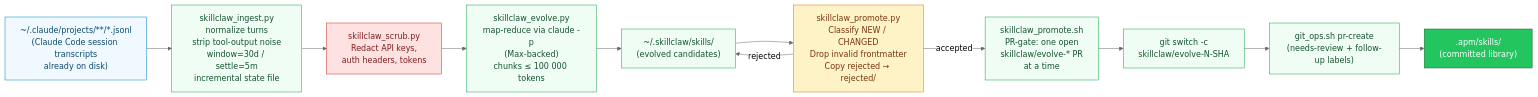
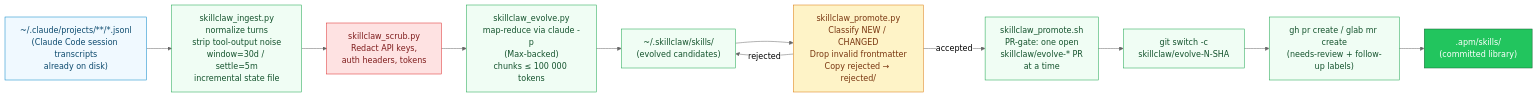
Before and after one commit to RB-chrismandich/Manifest: the first of 2 diagrams in docs/diagrams/pipelines.md, drawn with Mermaid. The commit also changed other lines of this file and 158 other files, not shown here.

````diff
--- a/docs/diagrams/pipelines.md
+++ b/docs/diagrams/pipelines.md
@@ -13,40 +13,40 @@
 ```mermaid
 %%{init: {'theme':'neutral'}}%%
 flowchart LR
     classDef input fill:#f0f9ff,stroke:#0284c7,color:#0c4a6e
     classDef process fill:#f0fdf4,stroke:#16a34a,color:#14532d
     classDef decision fill:#fef3c7,stroke:#d97706,color:#78350f
     classDef secure fill:#fee2e2,stroke:#dc2626,color:#7f1d1d
     classDef config fill:#f3e8ff,stroke:#9333ea,color:#581c87
     classDef output fill:#22c55e,stroke:#166534,color:#fff
 
     TRANSCRIPTS["~/.claude/projects/**/*.jsonl\n(Claude Code session transcripts\nalready on disk)"]:::input
 
     INGEST["skillclaw_ingest.py\nnormalize turns\nstrip tool-output noise\nwindow=30d / settle=5m\nincremental state file"]:::process
 
     SCRUB["skillclaw_scrub.py\nRedact API keys,\nauth headers, tokens"]:::secure
 
     EVOLVE["skillclaw_evolve.py\nmap-reduce via claude -p\n(Max-backed)\nchunks ≤ 100 000 tokens"]:::process
 
     EVOLVED_LIB["~/.skillclaw/skills/\n(evolved candidates)"]:::process
 
     CLASSIFY["skillclaw_promote.py\nClassify NEW / CHANGED\nDrop invalid frontmatter\nCopy rejected → rejected/"]:::decision
 
     PROMOTE["skillclaw_promote.sh\nPR-gate: one open\nskillclaw/evolve-* PR\nat a time"]:::process
 
     GIT_BRANCH["git switch -c\nskillclaw/evolve-N-SHA"]:::process
-    PR["git_ops.sh pr-create\n(needs-review + follow-up labels)"]:::process
+    PR["gh pr create / glab mr create\n(needs-review + follow-up labels)"]:::process
 
     SKILL_LIBRARY[".apm/skills/\n(committed library)"]:::output
 
     TRANSCRIPTS --> INGEST
     INGEST --> SCRUB
     SCRUB --> EVOLVE
     EVOLVE --> EVOLVED_LIB
     EVOLVED_LIB --> CLASSIFY
     CLASSIFY -->|accepted| PROMOTE
     CLASSIFY -->|rejected| EVOLVED_LIB
     PROMOTE --> GIT_BRANCH
     GIT_BRANCH --> PR
     PR --> SKILL_LIBRARY
 ```
````
